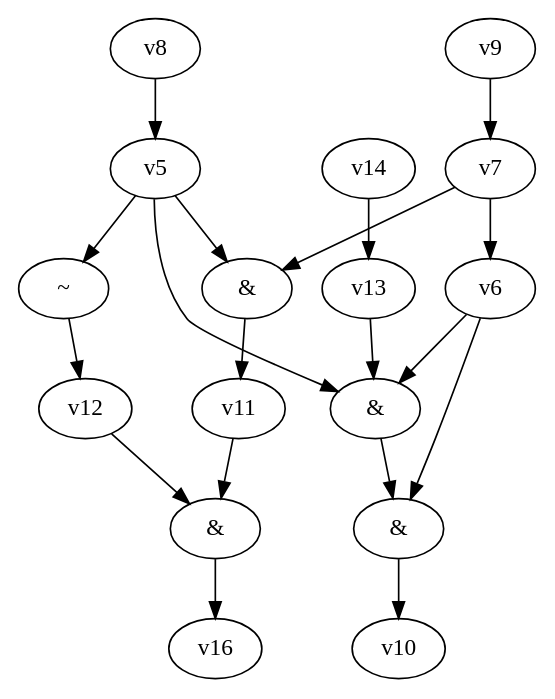
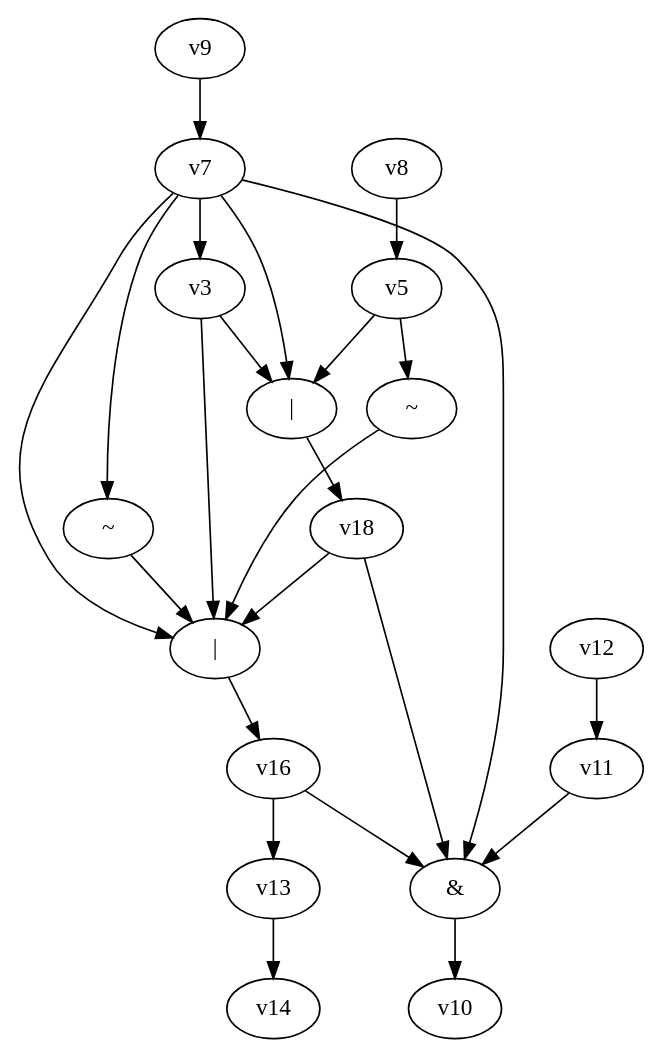
The diagram in dot_files/random_bool_circ.dot (yadej/graph_project), drawn with Graphviz before and after one commit. The commit also changed 2 other files, not shown here.

```diff
--- a/dot_files/random_bool_circ.dot
+++ b/dot_files/random_bool_circ.dot
@@ -1,22 +1,28 @@
 digraph G { 
 v0 [label="&"]; 
-v1 [label="&"]; 
-v2 [label="&"]; 
-v3 [label="~"]; 
-v15 [label="&"]; 
+v4 [label="~"]; 
+v6 [label="~"]; 
+v15 [label="|"]; 
+v17 [label="|"]; 
 v0 -> v10;
-v1 -> v11 -> v15 -> v16;
-v2 -> v0;
-v3 -> v12 -> v15;
-v5 -> v1;
-v5 -> v2;
-v5 -> v3;
-v6 -> v0;
-v6 -> v2;
-v7 -> v1;
+v3 -> v15 -> v16;
+v3 -> v17 -> v18;
+v4 -> v15;
+v5 -> v4;
+v5 -> v17;
+v6 -> v15;
+v7 -> v0;
+v7 -> v3;
 v7 -> v6;
+v7 -> v15;
+v7 -> v17;
 v8 -> v5;
 v9 -> v7;
-v13 -> v2;
-v14 -> v13;
+v11 -> v0;
+v12 -> v11;
+v13 -> v14;
+v16 -> v0;
+v16 -> v13;
+v18 -> v0;
+v18 -> v15;
 }
```
